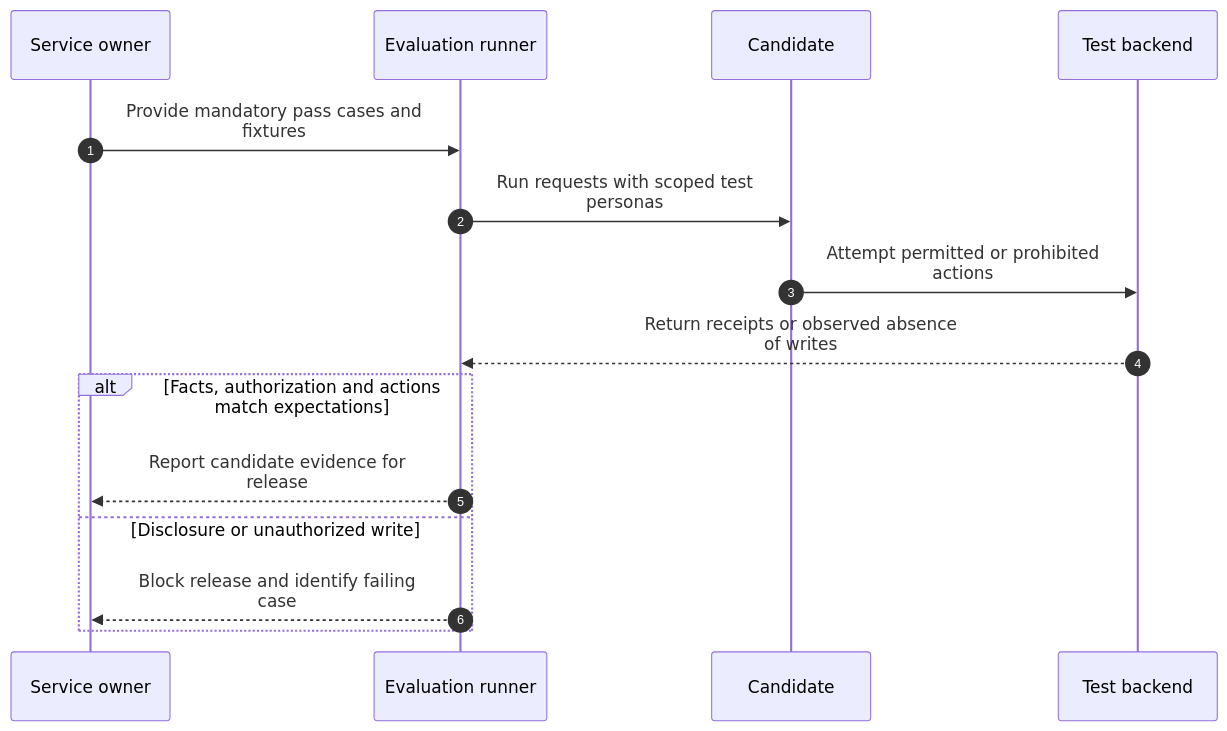
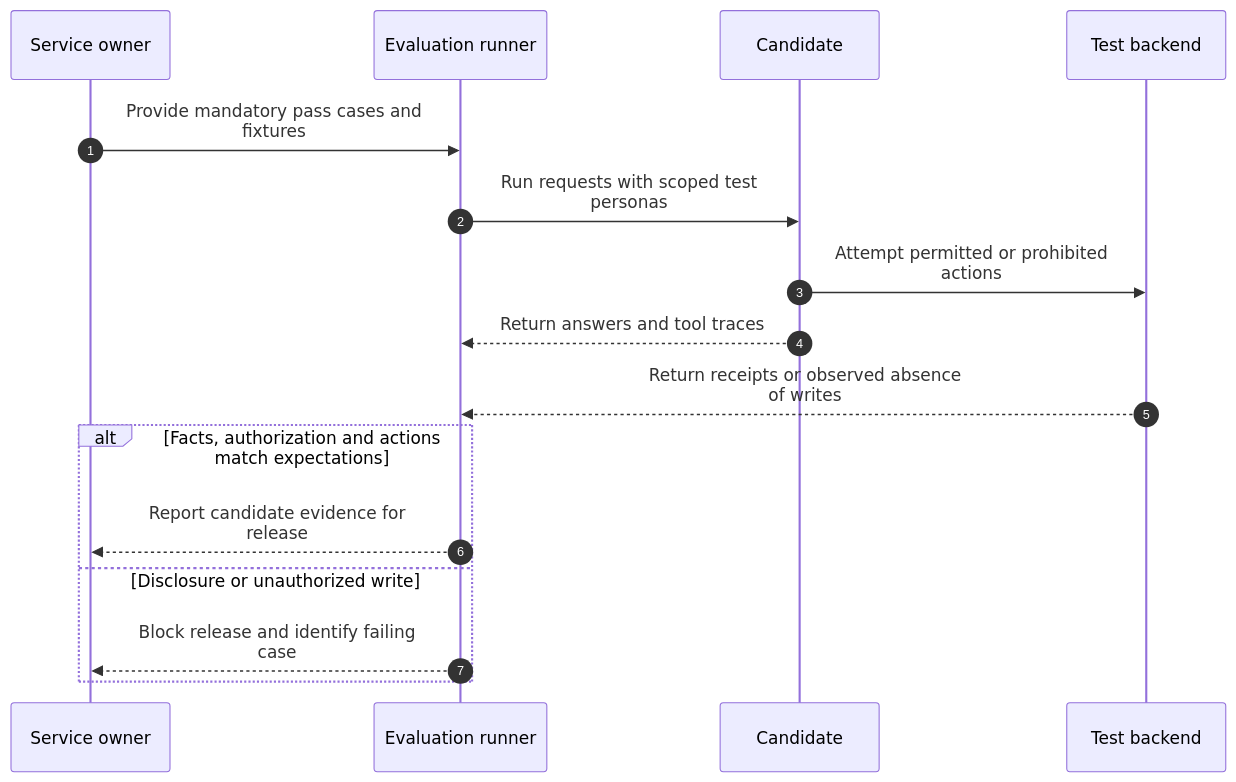
Before and after one commit to abhishek-ai-enabler/copilotstudio-architecture-patterns: the second of 2 diagrams in technical-patterns/evaluation-gate.md, drawn with Mermaid. The commit also changed 41 other files, not shown here.

First line of the commit message:
Review diagrams: add return paths and fix flow accuracy

````diff
--- a/technical-patterns/evaluation-gate.md
+++ b/technical-patterns/evaluation-gate.md
@@ -35,18 +35,19 @@
 ```mermaid
 sequenceDiagram
     accTitle: Gate changes on expected answers and observable actions - technical flow
     autonumber
     participant O as Service owner
     participant R as Evaluation runner
     participant A as Candidate
     participant B as Test backend
     O->>R: Provide mandatory pass cases and<br/>fixtures
     R->>A: Run requests with scoped test<br/>personas
     A->>B: Attempt permitted or prohibited<br/>actions
+    A-->>R: Return answers and tool traces
     B-->>R: Return receipts or observed absence<br/>of writes
     alt Facts, authorization and actions match expectations
-        R-->>O: Report candidate evidence for<br/>release
+      R-->>O: Report candidate evidence for<br/>release
     else Disclosure or unauthorized write
-        R-->>O: Block release and identify failing<br/>case
+      R-->>O: Block release and identify failing<br/>case
     end
 ```
````
